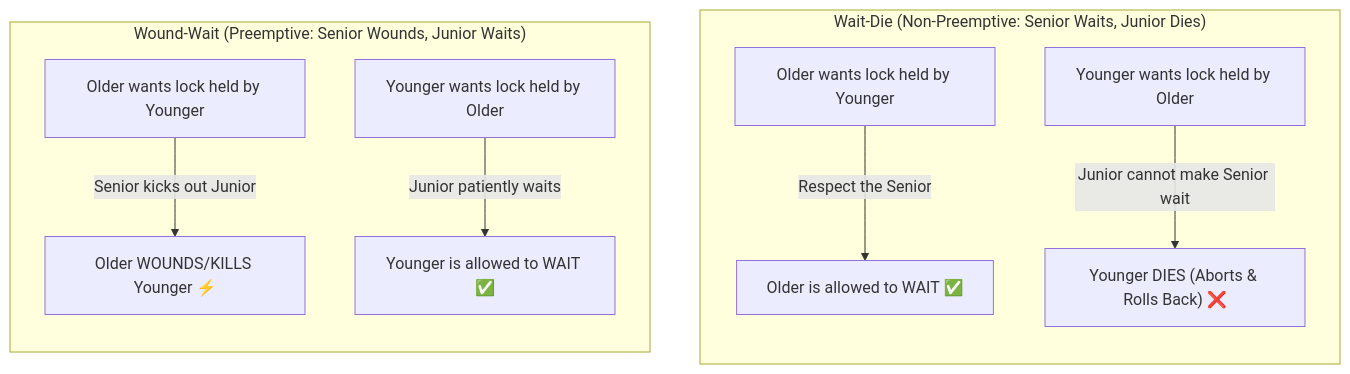
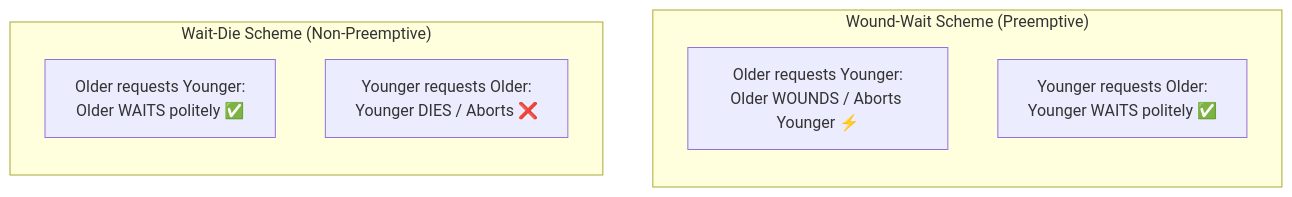
The second of 9 diagrams in 02-DBMS/DBMS-Advanced-Concepts.md (rohithgowda18/Notes), drawn with Mermaid before and after one commit. The commit also changed other lines of this file and 15 other files, not shown here.

Commit message:
docs: audit Mermaid diagrams, optimize side-by-side layouts, and deduplicate DBMS advanced notes

````diff
--- a/02-DBMS/DBMS-Advanced-Concepts.md
+++ b/02-DBMS/DBMS-Advanced-Concepts.md
@@ -305,14 +59,16 @@
 ```mermaid
-flowchart TD
-    subgraph WaitDieScheme ["Wait-Die (Non-Preemptive: Senior Waits, Junior Dies)"]
+flowchart LR
+    subgraph WaitDie ["Wait-Die Scheme (Non-Preemptive)"]
         direction TB
-        WD1["Older wants lock held by Younger"] -->|"Respect the Senior"| WD_Wait["Older is allowed to WAIT ✅"]
-        WD2["Younger wants lock held by Older"] -->|"Junior cannot make Senior wait"| WD_Die["Younger DIES (Aborts & Rolls Back) ❌"]
+        WD1["Older requests Younger:<br/>Older WAITS politely ✅"]
+        WD2["Younger requests Older:<br/>Younger DIES / Aborts ❌"]
     end
 
-    subgraph WoundWaitScheme ["Wound-Wait (Preemptive: Senior Wounds, Junior Waits)"]
+    WaitDie ~~~ WoundWait
+
+    subgraph WoundWait ["Wound-Wait Scheme (Preemptive)"]
         direction TB
-        WW1["Older wants lock held by Younger"] -->|"Senior kicks out Junior"| WW_Wound["Older WOUNDS/KILLS Younger ⚡"]
-        WW2["Younger wants lock held by Older"] -->|"Junior patiently waits"| WW_Wait["Younger is allowed to WAIT ✅"]
+        WW1["Older requests Younger:<br/>Older WOUNDS / Aborts Younger ⚡"]
+        WW2["Younger requests Older:<br/>Younger WAITS politely ✅"]
     end
 ```
````
